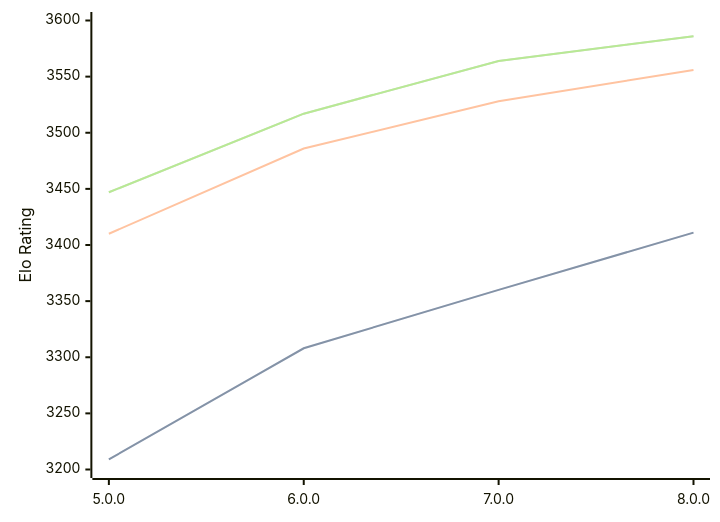
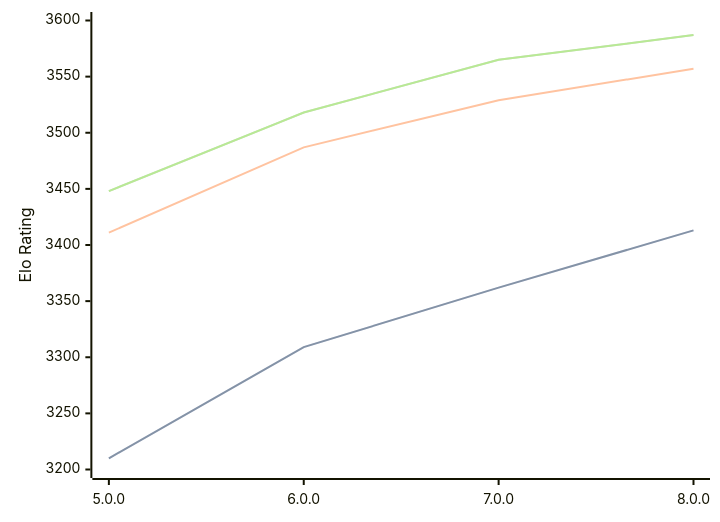
One commit to computer-chess-index/cci changed the diagram in engines/Stormphrax.md. Above: the diagram before and after it, drawn with Mermaid. The commit also changed other lines of this file, not shown here.

Commit message:
Update CCI Ratings (ELO VLTC) - 2026-10-09

````diff
--- a/engines/Stormphrax.md
+++ b/engines/Stormphrax.md
@@ -34,11 +34,11 @@
 ```mermaid
 %%{init: {"theme":"base","themeVariables":{"seriesColors:['#a3a3a3','#222221','#faa371']}}}%%
 xychart-beta
   x-axis ["5.0.0", "6.0.0", "7.0.0", "8.0.0"]
   y-axis "Elo Rating" 3200 --> 3600
-  line "" [3209, 3308, 3360, 3411]
-  line "STC (8.0+0.08s)" [3209, 3308, 3360, 3411]
-  line "LTC (60.0+0.60s)" [3410, 3486, 3528, 3556]
-  line "" [3447, 3517, 3564, 3586]
-  line "VLTC (2m24s+1.12s)" [3447, 3517, 3564, 3586]
+  line "" [3210, 3309, 3362, 3413]
+  line "STC (8.0+0.08s)" [3210, 3309, 3362, 3413]
+  line "LTC (60.0+0.60s)" [3411, 3487, 3529, 3557]
+  line "" [3448, 3518, 3565, 3587]
+  line "VLTC (2m24s+1.12s)" [3448, 3518, 3565, 3587]
 ```
````
